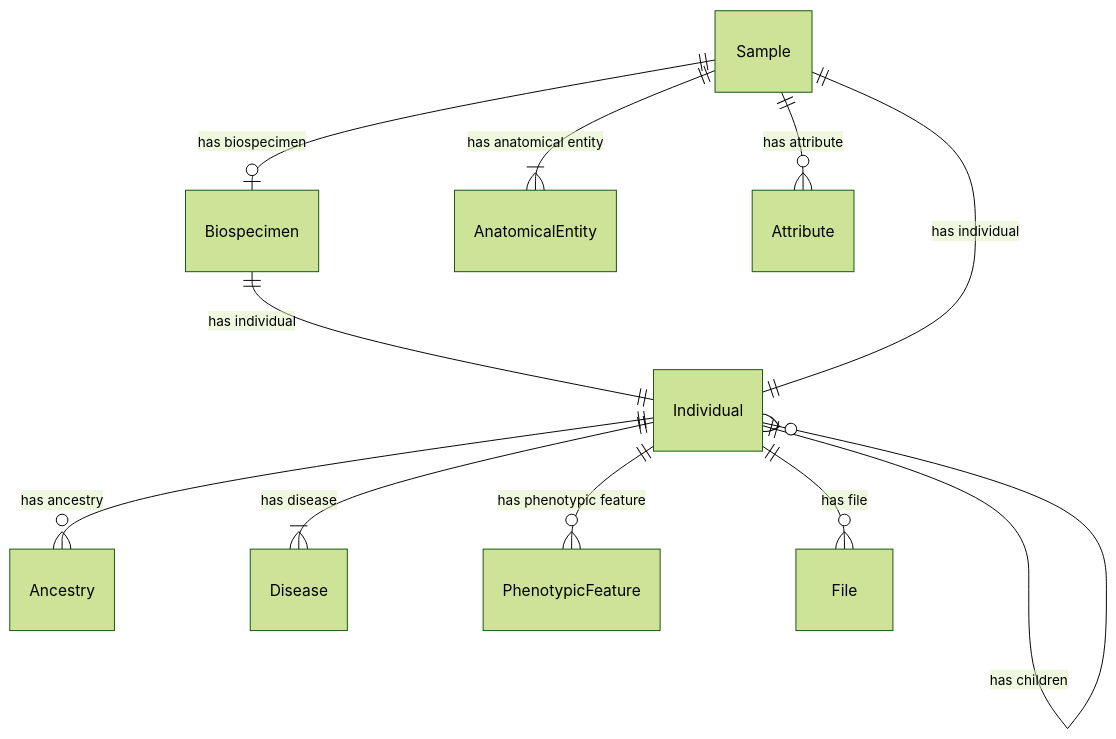
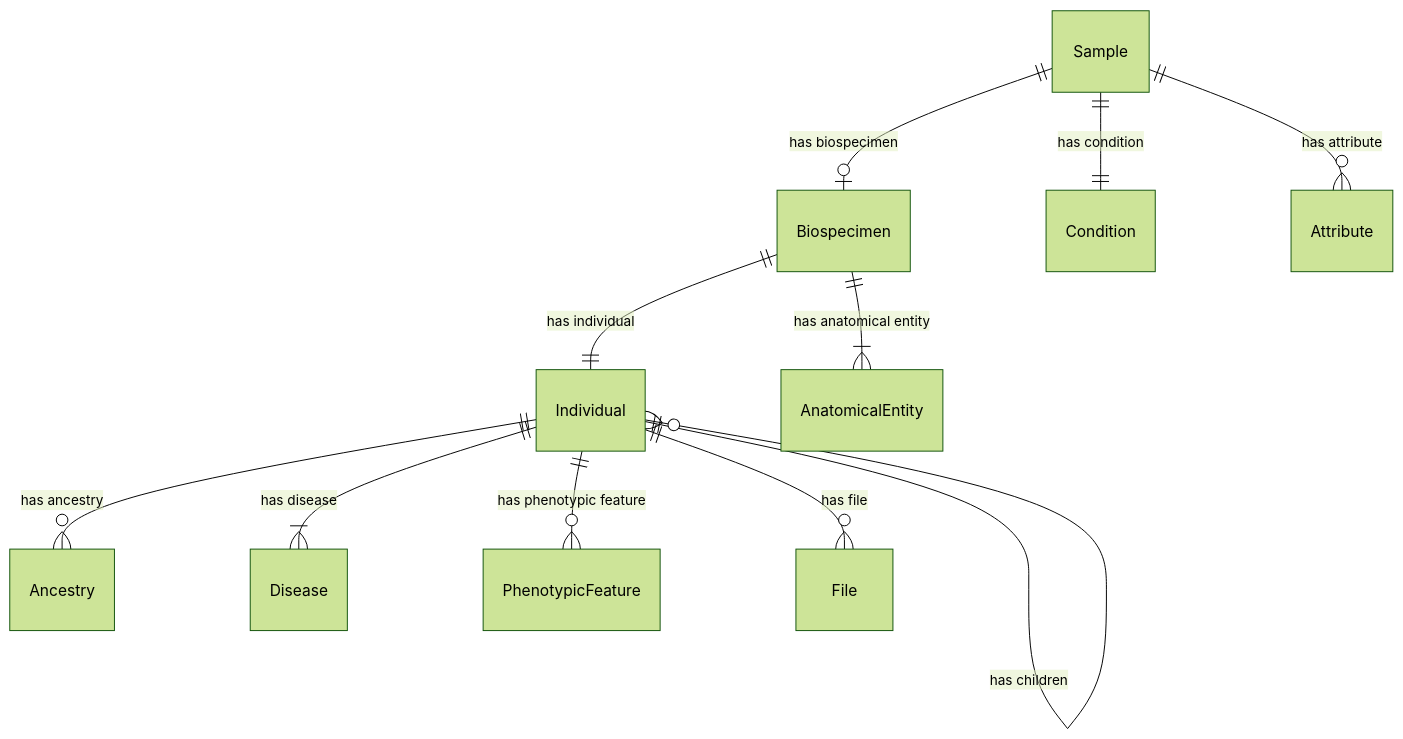
One commit to ghga-de/ghga-metadata-schema changed the second of 7 diagrams in docs/entity_relations.md. Above: the diagram before and after it, drawn with Mermaid (forest theme). The commit also changed other lines of this file and 99 other files, not shown here.

````diff
--- a/docs/entity_relations.md
+++ b/docs/entity_relations.md
@@ -135,25 +146,25 @@
 ```mermaid
 erDiagram
 Individual {
 
 }
 Biospecimen {
 
 }
 Sample {
 
 }
 
 Individual ||--}o Ancestry : "has ancestry"
 Individual ||--}o Individual : "has parent"
 Individual ||--}o Individual : "has children"
 Individual ||--}| Disease : "has disease"
 Individual ||--}o PhenotypicFeature : "has phenotypic feature"
 Individual ||--}o File : "has file"
 Biospecimen ||--|| Individual : "has individual"
-Sample ||--|| Individual : "has individual"
-Sample ||--}| AnatomicalEntity : "has anatomical entity"
+Biospecimen ||--}| AnatomicalEntity : "has anatomical entity"
 Sample ||--|o Biospecimen : "has biospecimen"
+Sample ||--|| Condition : "has condition"
 Sample ||--}o Attribute : "has attribute"
 
 ```
````
